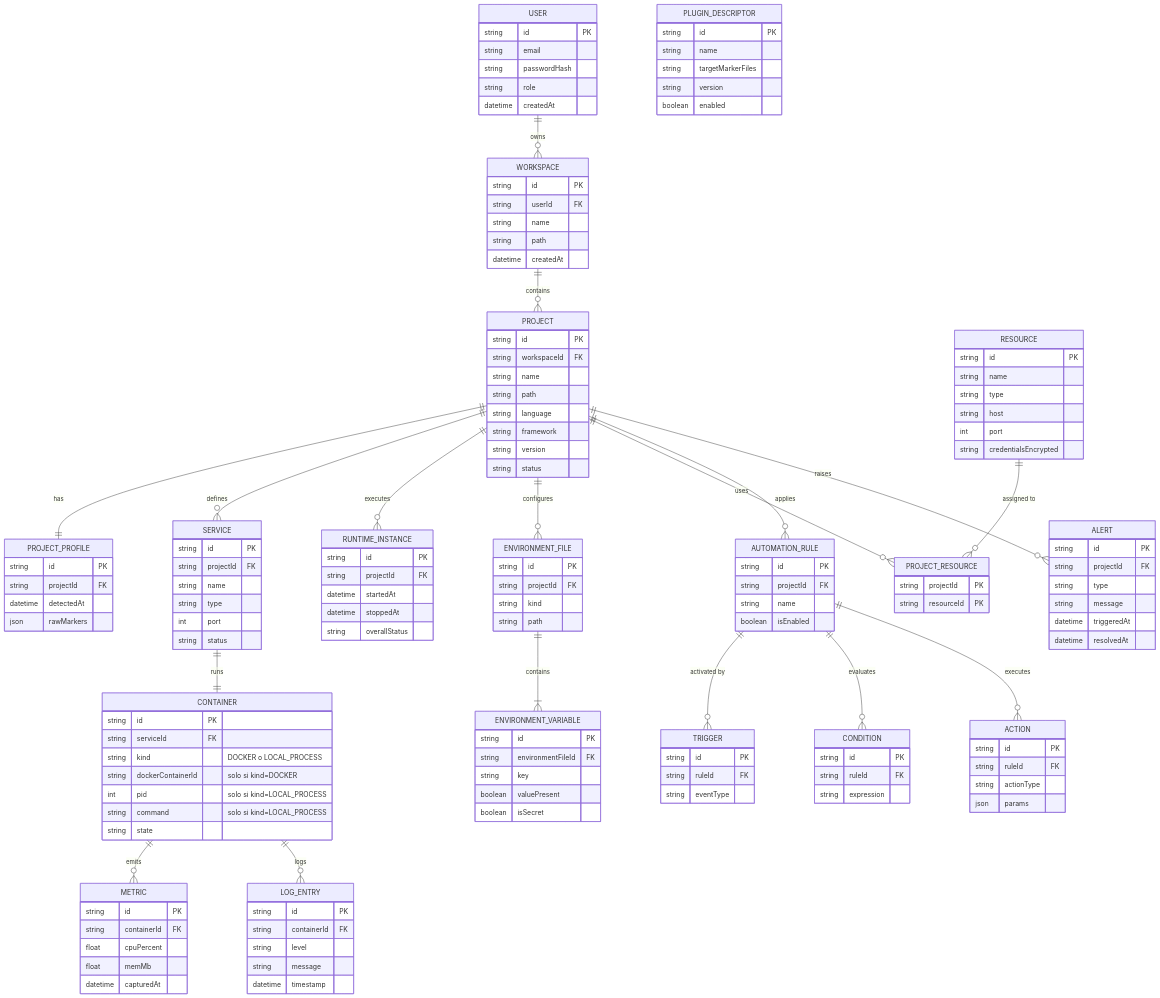
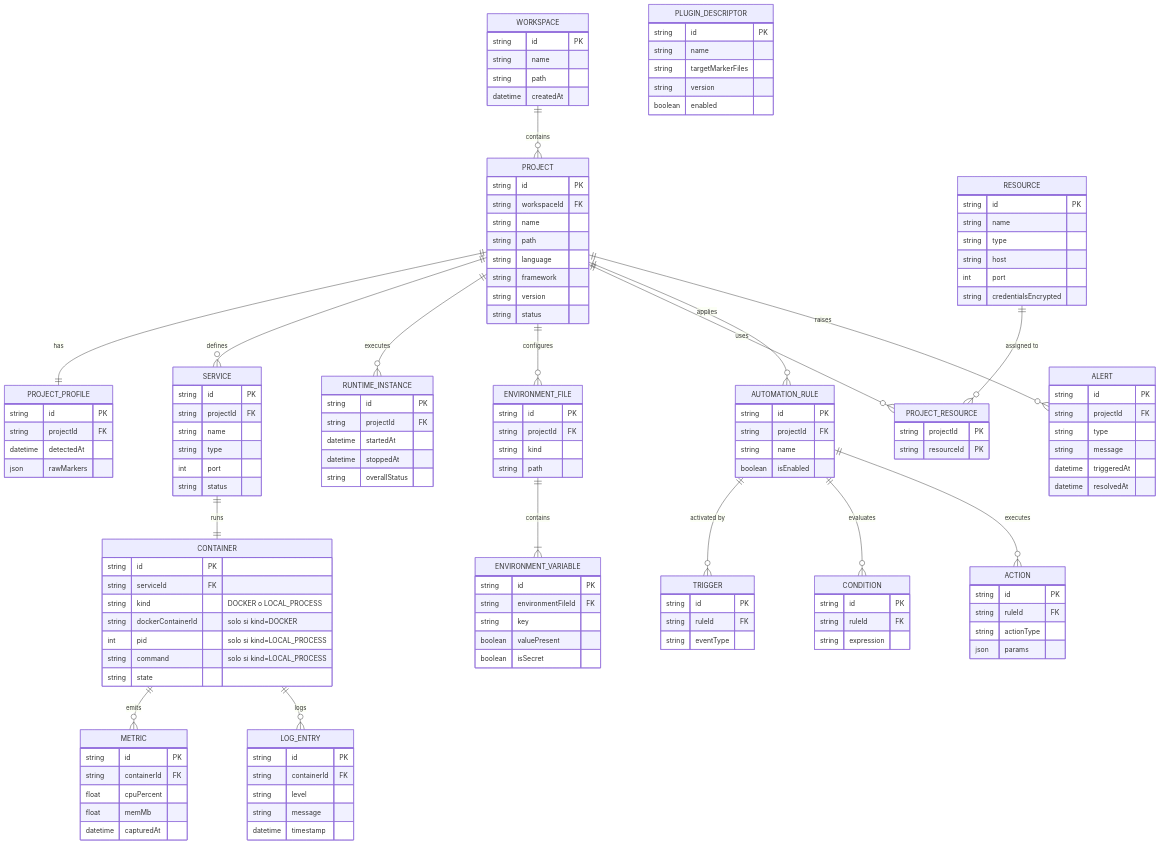
The diagram in docs/DevVault-Analisis-Diseno.md (FernanDeHoyos/devvault), drawn with Mermaid before and after one commit. The commit also changed other lines of this file and 30 other files, not shown here.

````diff
--- a/docs/DevVault-Analisis-Diseno.md
+++ b/docs/DevVault-Analisis-Diseno.md
@@ -256,15 +242,7 @@
 ```mermaid
 erDiagram
-    USER {
-        string id PK
-        string email
-        string passwordHash
-        string role
-        datetime createdAt
-    }
     WORKSPACE {
         string id PK
-        string userId FK
         string name
         string path
         datetime createdAt
@@ -385,7 +363,6 @@
         string version
         boolean enabled
     }
-    USER ||--o{ WORKSPACE : "owns"
     WORKSPACE ||--o{ PROJECT : "contains"
     PROJECT ||--|| PROJECT_PROFILE : "has"
     PROJECT ||--o{ SERVICE : "defines"
````
